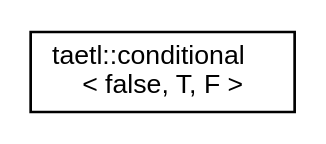
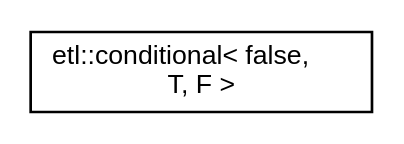
The diagram in inherit_graph_6.dot (tobanteAudio/taetl), drawn with Graphviz before and after one commit. The commit also changed 915 other files, not shown here.

```diff
--- a/inherit_graph_6.dot
+++ b/inherit_graph_6.dot
@@ -1,7 +1,7 @@
 digraph "Graphical Class Hierarchy"
 {
   edge [fontname="Helvetica",fontsize="10",labelfontname="Helvetica",labelfontsize="10"];
   node [fontname="Helvetica",fontsize="10",shape=record];
   rankdir="LR";
-  Node0 [label="taetl::conditional\l\< false, T, F \>",height=0.2,width=0.4,color="black", fillcolor="white", style="filled",URL="$structtaetl_1_1conditional_3_01false_00_01T_00_01F_01_4.html"];
+  Node0 [label="etl::conditional\< false,\l T, F \>",height=0.2,width=0.4,color="black", fillcolor="white", style="filled",URL="$structetl_1_1conditional_3_01false_00_01T_00_01F_01_4.html"];
 }
```
